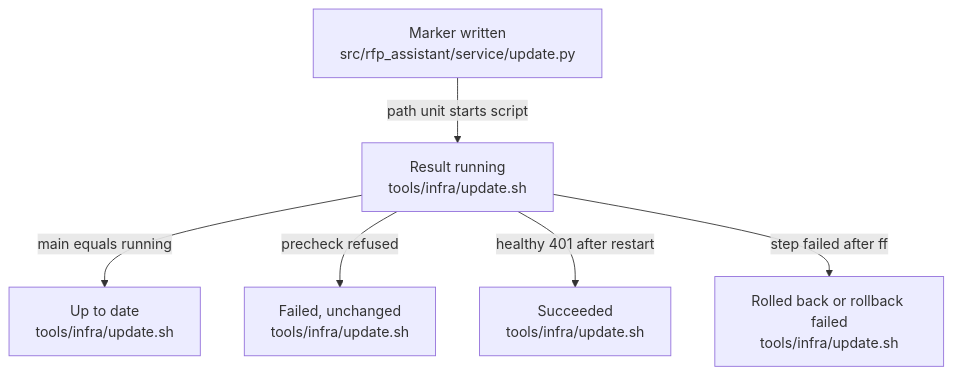
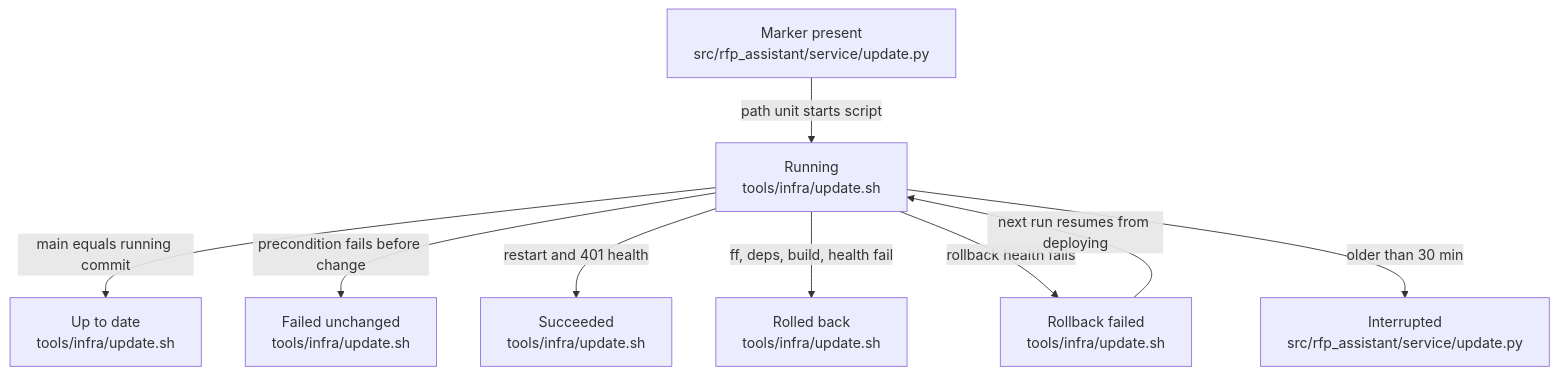
The diagram in .omm/state-transitions/update-states/diagram.mmd (littleeeeebit/project-codeit-mid), drawn with Mermaid before and after one commit. The commit also changed 392 other files, not shown here.

Commit message:
Refresh wiki and architecture before merge

```diff
--- a/.omm/state-transitions/update-states/diagram.mmd
+++ b/.omm/state-transitions/update-states/diagram.mmd
@@ -1,6 +1,17 @@
 graph TD
-  marker-written["Marker written\nsrc/rfp_assistant/service/update.py"] -->|"path unit starts script"| result-running["Result running\ntools/infra/update.sh"]
-  result-running -->|"main equals running"| result-up-to-date["Up to date\ntools/infra/update.sh"]
-  result-running -->|"precheck refused"| result-failed["Failed, unchanged\ntools/infra/update.sh"]
-  result-running -->|"healthy 401 after restart"| result-succeeded["Succeeded\ntools/infra/update.sh"]
-  result-running -->|"step failed after ff"| result-rolled-back["Rolled back or rollback failed\ntools/infra/update.sh"]
+  requested["Marker present\nsrc/rfp_assistant/service/update.py"]
+  running["Running\ntools/infra/update.sh"]
+  up-to-date["Up to date\ntools/infra/update.sh"]
+  failed["Failed unchanged\ntools/infra/update.sh"]
+  succeeded["Succeeded\ntools/infra/update.sh"]
+  rolled-back["Rolled back\ntools/infra/update.sh"]
+  rollback-failed["Rollback failed\ntools/infra/update.sh"]
+  interrupted["Interrupted\nsrc/rfp_assistant/service/update.py"]
+  requested -->|path unit starts script| running
+  running -->|main equals running commit| up-to-date
+  running -->|precondition fails before change| failed
+  running -->|restart and 401 health| succeeded
+  running -->|ff, deps, build, health fail| rolled-back
+  running -->|rollback health fails| rollback-failed
+  running -->|older than 30 min| interrupted
+  rollback-failed -->|next run resumes from deploying| running
```
